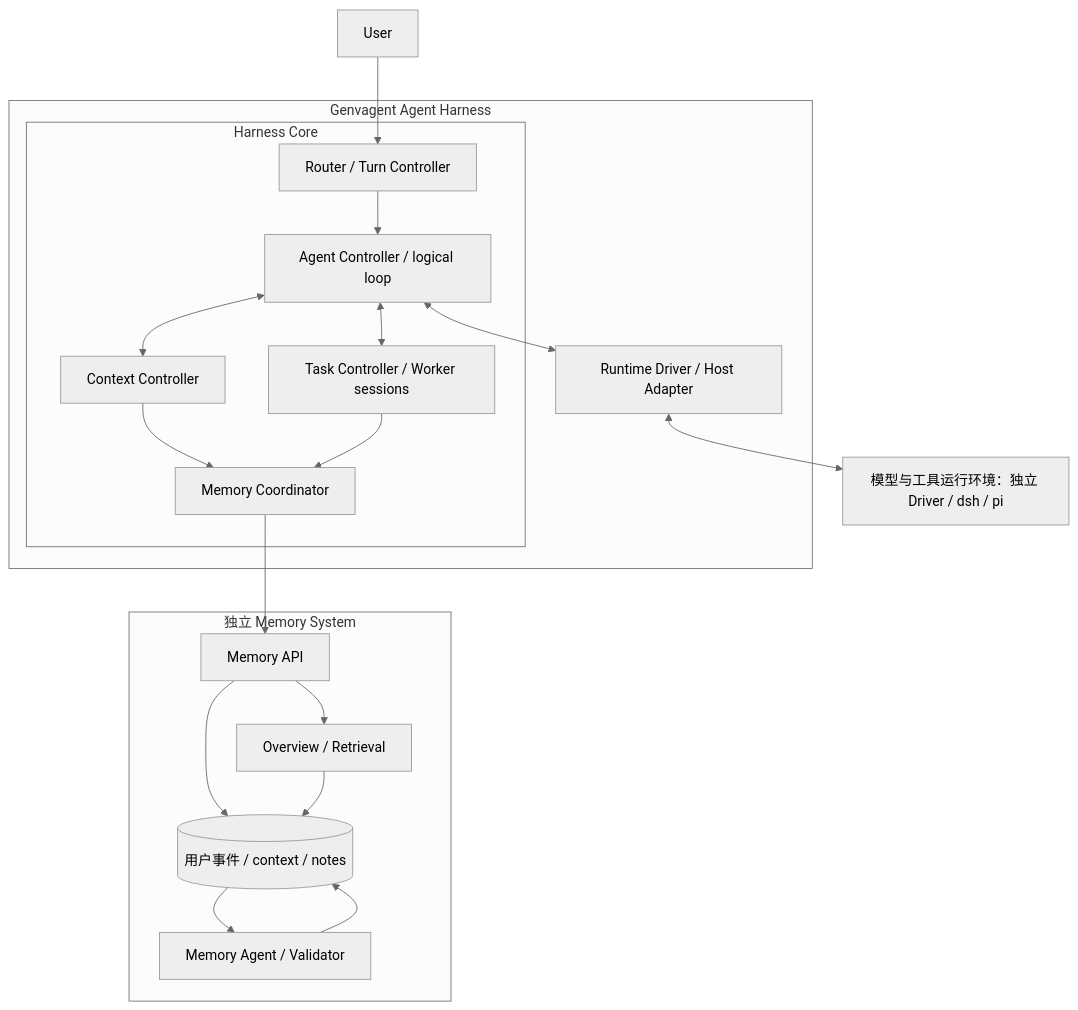
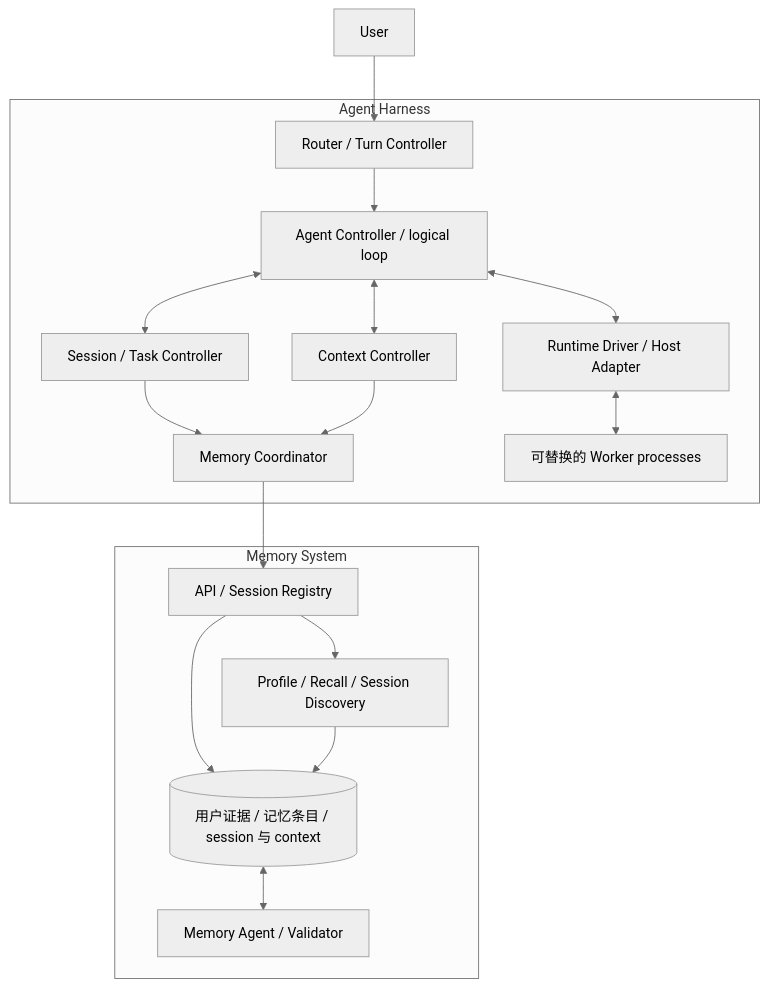
One commit to langsfang/ga changed the diagram in docs/architecture.md. Above: the diagram before and after it, drawn with Mermaid (neutral theme). The commit also changed other lines of this file and 4 other files, not shown here.

````diff
--- a/docs/architecture.md
+++ b/docs/architecture.md
@@ -26,33 +103,31 @@
 ```mermaid
 flowchart TB
     U[User] --> R
-    subgraph H["Genvagent Agent Harness"]
-        subgraph C["Harness Core"]
-            R[Router / Turn Controller]
-            L[Agent Controller / logical loop]
-            T[Task Controller / Worker sessions]
-            X[Context Controller]
-            S[Memory Coordinator]
-            R --> L
-            L <--> T
-            L <--> X
-            X --> S
-            T --> S
-        end
+    subgraph H["Agent Harness"]
+        R[Router / Turn Controller]
+        L[Agent Controller / logical loop]
+        S[Session / Task Controller]
+        C[Context Controller]
+        MC[Memory Coordinator]
         D[Runtime Driver / Host Adapter]
+        W[可替换的 Worker processes]
+        R --> L
+        L <--> S
+        L <--> C
+        S --> MC
+        C --> MC
         L <--> D
+        D <--> W
     end
-    D <--> HOST[模型与工具运行环境：独立 Driver / dsh / pi]
-    S --> API
-    subgraph M["独立 Memory System"]
-        API[Memory API]
-        DATA[(用户事件 / context / notes)]
-        FIND[Overview / Retrieval]
-        DREAM[Memory Agent / Validator]
-        API --> DATA
-        API --> FIND
-        DATA --> DREAM
-        DREAM --> DATA
-        FIND --> DATA
+    MC --> A
+    subgraph M["Memory System"]
+        A[API / Session Registry]
+        E[(用户证据 / 记忆条目 / session 与 context)]
+        Q[Profile / Recall / Session Discovery]
+        B[Memory Agent / Validator]
+        A --> E
+        A --> Q
+        Q --> E
+        E <--> B
     end
 ```
````
